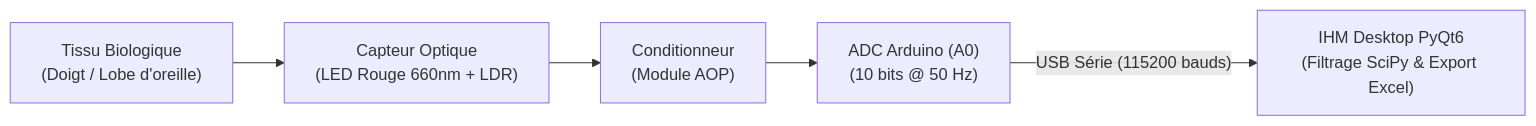
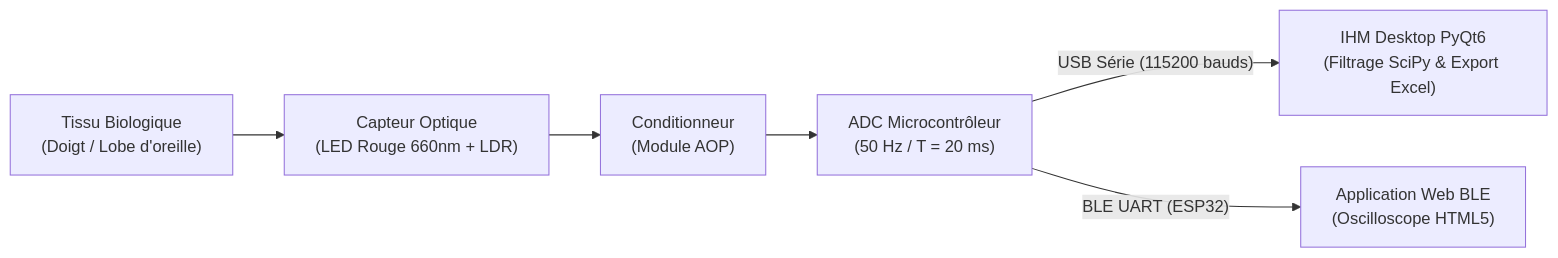
Before and after one commit to LenoirSys/open-ppg-monitor: the diagram in README.md, drawn with Mermaid. The commit also changed other lines of this file and 9 other files, not shown here.

Commit message:
feat(v2): évolution ESP32 BLE 12-bit, interface Web Bluetooth, simulateur 50 Hz et calcul HRV (SDNN)

````diff
--- a/README.md
+++ b/README.md
@@ -49,7 +57,8 @@
 ```mermaid
 flowchart LR
     A["Tissu Biologique<br/>(Doigt / Lobe d'oreille)"] --> B["Capteur Optique<br/>(LED Rouge 660nm + LDR)"]
     B --> C["Conditionneur<br/>(Module AOP)"]
-    C --> D["ADC Arduino (A0)<br/>(10 bits @ 50 Hz)"]
+    C --> D["ADC Microcontrôleur<br/>(50 Hz / T = 20 ms)"]
     D -->|"USB Série (115200 bauds)"| E["IHM Desktop PyQt6<br/>(Filtrage SciPy & Export Excel)"]
+    D -->|"BLE UART (ESP32)"| F["Application Web BLE<br/>(Oscilloscope HTML5)"]
 ```
````
